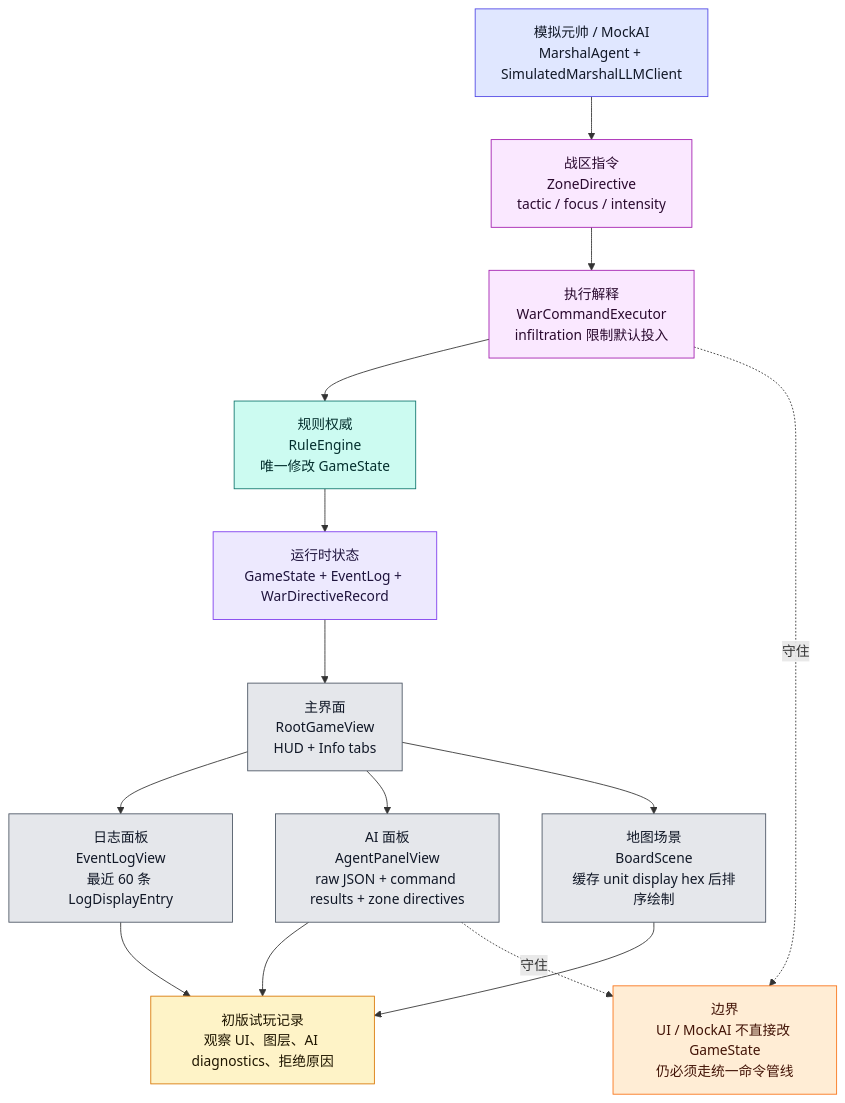
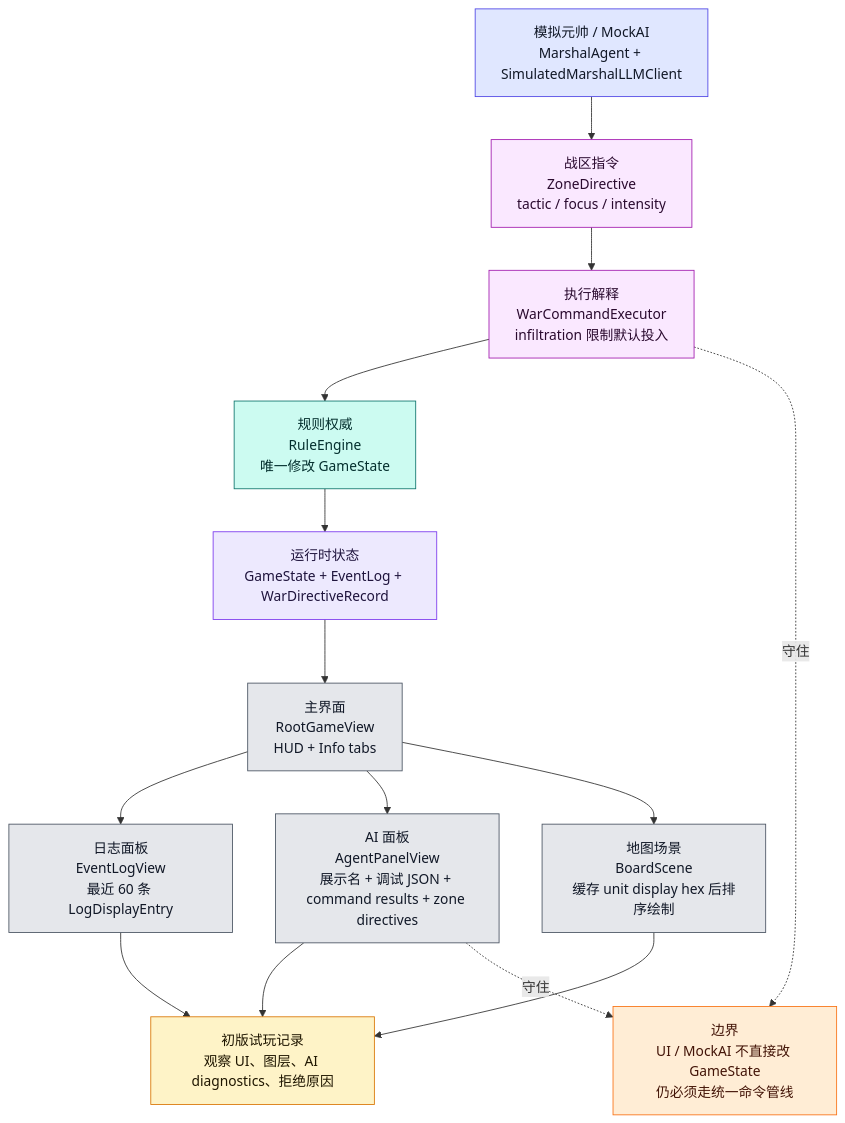
Before and after one commit to Altman-sam114/121: the seventh of 9 diagrams in md/flow/flowchart.md, drawn with Mermaid. The commit also changed 9 other files, not shown here.

````diff
--- a/md/flow/flowchart.md
+++ b/md/flow/flowchart.md
@@ -469,34 +469,34 @@
 ```mermaid
 flowchart TD
     STATE["运行时状态<br/>GameState + EventLog + WarDirectiveRecord"]:::state
     ROOT["主界面<br/>RootGameView<br/>HUD + Info tabs"]:::ui
     LOG["日志面板<br/>EventLogView<br/>最近 60 条 LogDisplayEntry"]:::ui
-    AIUI["AI 面板<br/>AgentPanelView<br/>raw JSON + command results + zone directives"]:::ui
+    AIUI["AI 面板<br/>AgentPanelView<br/>展示名 + 调试 JSON + command results + zone directives"]:::ui
     BOARD["地图场景<br/>BoardScene<br/>缓存 unit display hex 后排序绘制"]:::ui
     MARSHAL["模拟元帅 / MockAI<br/>MarshalAgent + SimulatedMarshalLLMClient"]:::ai
     ZD["战区指令<br/>ZoneDirective<br/>tactic / focus / intensity"]:::command
     WCE["执行解释<br/>WarCommandExecutor<br/>infiltration 限制默认投入"]:::command
     RULE["规则权威<br/>RuleEngine<br/>唯一修改 GameState"]:::rules
     PLAYTEST["初版试玩记录<br/>观察 UI、图层、AI diagnostics、拒绝原因"]:::doc
 
     STATE --> ROOT
     ROOT --> LOG
     ROOT --> AIUI
     ROOT --> BOARD
     MARSHAL --> ZD --> WCE --> RULE --> STATE
     AIUI --> PLAYTEST
     LOG --> PLAYTEST
     BOARD --> PLAYTEST
 
     WARN["边界<br/>UI / MockAI 不直接改 GameState<br/>仍必须走统一命令管线"]:::warn
     AIUI -.守住.-> WARN
     WCE -.守住.-> WARN
 
     classDef state fill:#ede9fe,stroke:#7c3aed,color:#1f143d
     classDef ui fill:#e5e7eb,stroke:#4b5563,color:#111827
     classDef ai fill:#e0e7ff,stroke:#4f46e5,color:#111827
     classDef command fill:#fae8ff,stroke:#a21caf,color:#2a0a2f
     classDef rules fill:#ccfbf1,stroke:#0f766e,color:#042f2e
     classDef doc fill:#fef3c7,stroke:#d97706,color:#1f1600
     classDef warn fill:#ffedd5,stroke:#f97316,color:#431407
 ```
````
